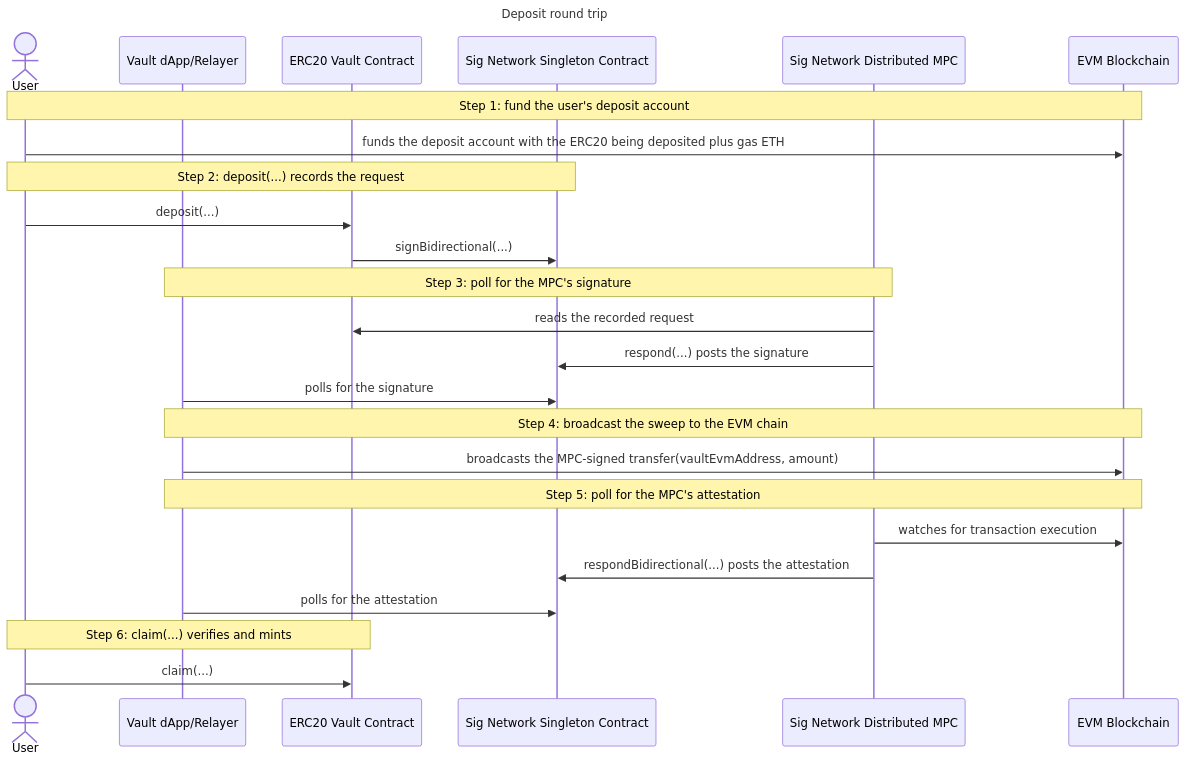
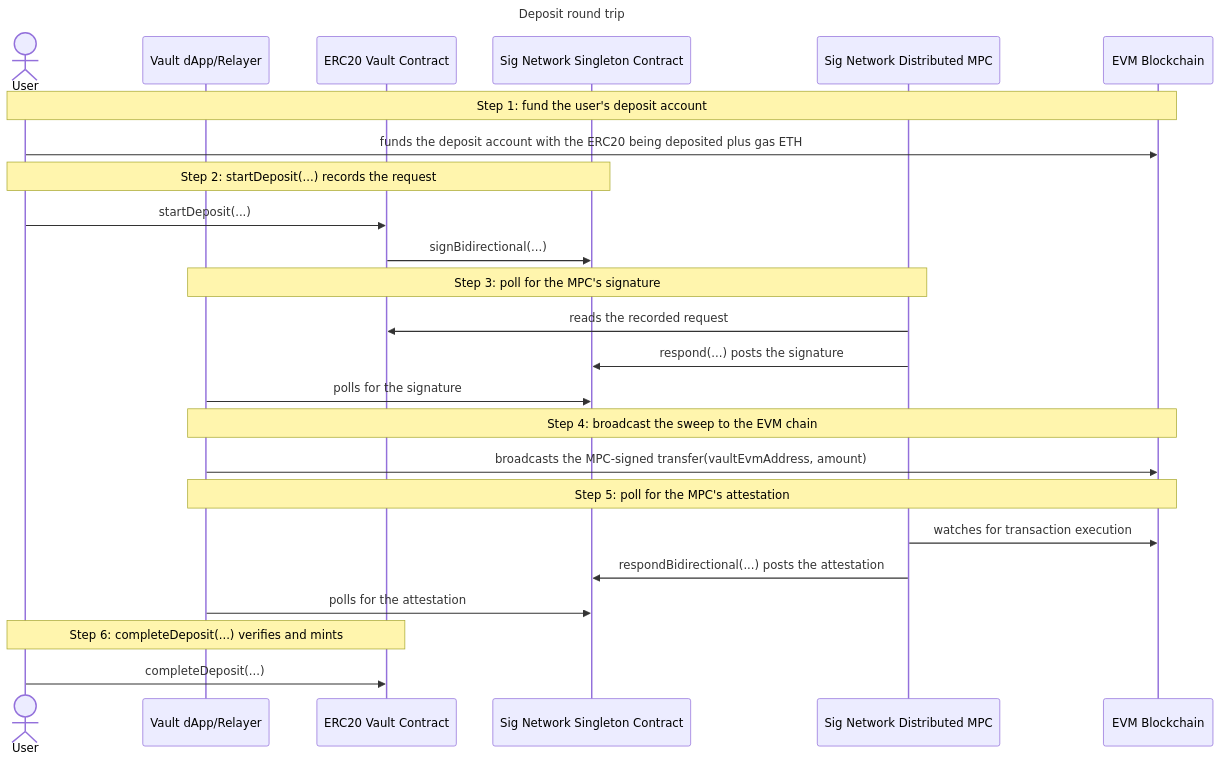
Before and after one commit to sig-net/midnight-examples: the diagram in examples/erc20-vault/docs/deposit/deposit.md, drawn with Mermaid. The commit also changed other lines of this file and 5 other files, not shown here.

````diff
--- a/examples/erc20-vault/docs/deposit/deposit.md
+++ b/examples/erc20-vault/docs/deposit/deposit.md
@@ -192,28 +215,28 @@
 ```mermaid
 sequenceDiagram
     title Deposit round trip
     actor User
     participant DApp as Vault dApp/Relayer
     participant Vault as ERC20 Vault Contract
     participant Singleton as Sig Network Singleton Contract
     participant MPC as Sig Network Distributed MPC
     participant EVM as EVM Blockchain
 
     Note over User,EVM: Step 1: fund the user's deposit account
     User->>EVM: funds the deposit account with the ERC20 being deposited plus gas ETH
-    Note over User,Singleton: Step 2: deposit(...) records the request
-    User->>Vault: deposit(...)
+    Note over User,Singleton: Step 2: startDeposit(...) records the request
+    User->>Vault: startDeposit(...)
     Vault->>Singleton: signBidirectional(...)
     Note over DApp,MPC: Step 3: poll for the MPC's signature
     MPC->>Vault: reads the recorded request
     MPC->>Singleton: respond(...) posts the signature
     DApp->>Singleton: polls for the signature
     Note over DApp,EVM: Step 4: broadcast the sweep to the EVM chain
     DApp->>EVM: broadcasts the MPC-signed transfer(vaultEvmAddress, amount)
     Note over DApp,EVM: Step 5: poll for the MPC's attestation
     MPC->>EVM: watches for transaction execution
     MPC->>Singleton: respondBidirectional(...) posts the attestation
     DApp->>Singleton: polls for the attestation
-    Note over User,Vault: Step 6: claim(...) verifies and mints
-    User->>Vault: claim(...)
+    Note over User,Vault: Step 6: completeDeposit(...) verifies and mints
+    User->>Vault: completeDeposit(...)
 ```
````
